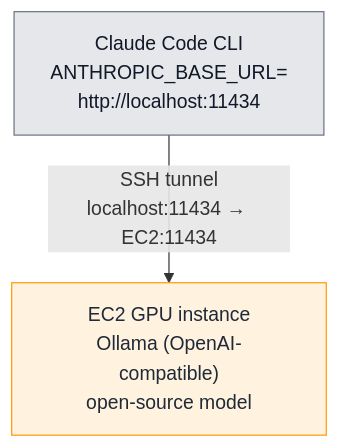
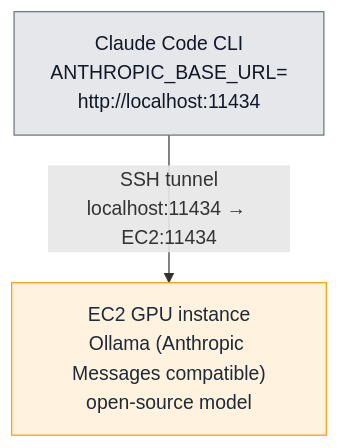
One commit to aarora79/llm-coding-harness-benchmarks changed the second of 2 diagrams in README.md. Above: the diagram before and after it, drawn with Mermaid. The commit also changed other lines of this file and 2 other files, not shown here.

````diff
--- a/README.md
+++ b/README.md
@@ -119,12 +136,12 @@
 ```mermaid
 flowchart TD
     CC["Claude Code CLI<br/>ANTHROPIC_BASE_URL=<br/>http://localhost:11434"]
-    EC2["EC2 GPU instance<br/>Ollama (OpenAI-compatible)<br/>open-source model"]
+    EC2["EC2 GPU instance<br/>Ollama (Anthropic Messages compatible)<br/>open-source model"]
 
     CC -- "SSH tunnel<br/>localhost:11434 → EC2:11434" --> EC2
 
     classDef agent fill:#E5E7EB,stroke:#6B7280,color:#111827
     classDef ec2 fill:#FFF3E0,stroke:#FF9900,color:#1F2937
     class CC agent
     class EC2 ec2
 ```
````
